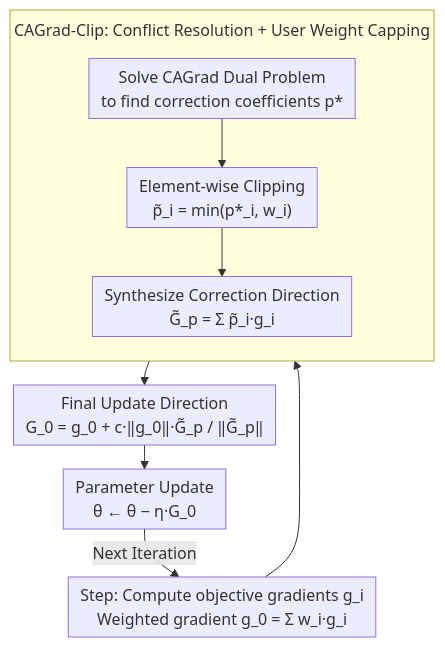
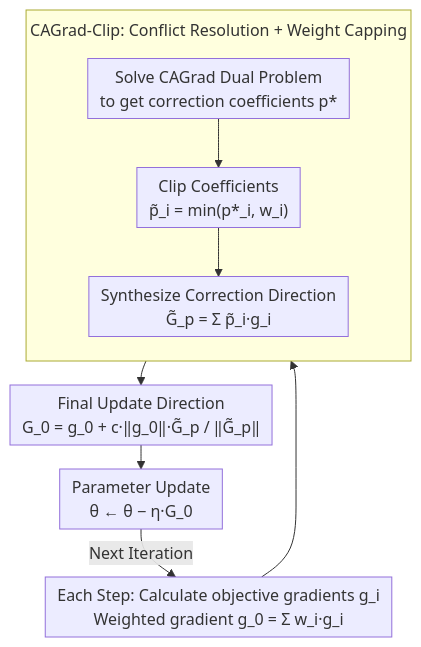
The diagram in docs/ICML2026/optimization/reward-free_alignment_for_conflicting_objectives.md (zhaoyang97/Paper-Notes-en), drawn with Mermaid before and after one commit. The commit also changed other lines of this file and 5084 other files, not shown here.

````diff
--- a/docs/ICML2026/optimization/reward-free_alignment_for_conflicting_objectives.md
+++ b/docs/ICML2026/optimization/reward-free_alignment_for_conflicting_objectives.md
@@ -55,14 +55,14 @@
 ```mermaid
 %%{init: {'flowchart': {'rankSpacing': 24, 'nodeSpacing': 28, 'padding': 6, 'wrappingWidth': 400, 'subGraphTitleMargin': {'top': 8, 'bottom': 16}}}}%%
 flowchart TD
-    A["Step: Compute objective gradients g_i<br/>Weighted gradient g_0 = Σ w_i·g_i"]
-    subgraph CC["CAGrad-Clip: Conflict Resolution + User Weight Capping"]
+    A["Each Step: Calculate objective gradients g_i<br/>Weighted gradient g_0 = Σ w_i·g_i"]
+    subgraph CC["CAGrad-Clip: Conflict Resolution + Weight Capping"]
         direction TB
-        B["Solve CAGrad Dual Problem<br/>to find correction coefficients p*"] --> C["Element-wise Clipping<br/>p̃_i = min(p*_i, w_i)"]
+        B["Solve CAGrad Dual Problem<br/>to get correction coefficients p*"] --> C["Clip Coefficients<br/>p̃_i = min(p*_i, w_i)"]
         C --> D["Synthesize Correction Direction<br/>G̃_p = Σ p̃_i·g_i"]
     end
     A --> B
     D --> E["Final Update Direction<br/>G_0 = g_0 + c·‖g_0‖·G̃_p / ‖G̃_p‖"]
     E --> F["Parameter Update<br/>θ ← θ − η·G_0"]
     F -->|Next Iteration| A
 ```
````
